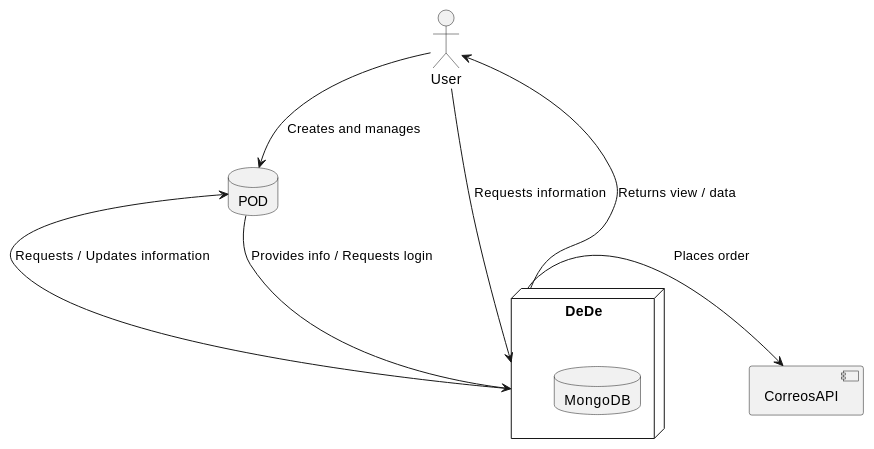
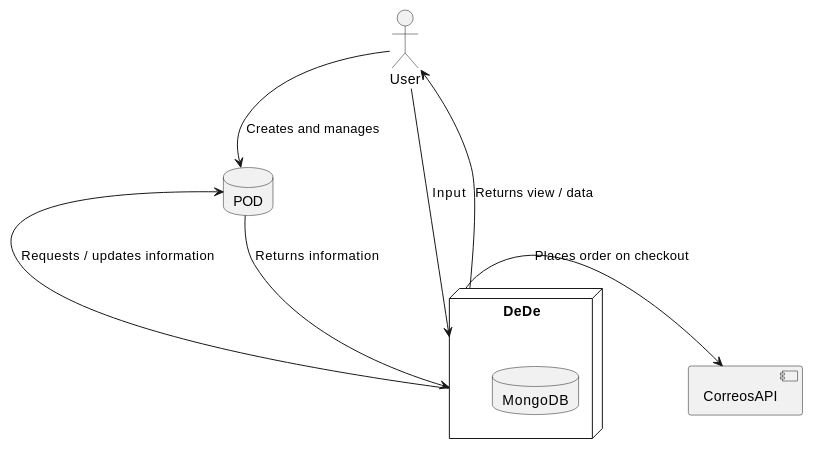
Before and after one commit to Arquisoft/dede_en1b: the diagram in docs/03_system_scope_and_context.adoc, drawn with PlantUML. The commit also changed other lines of this file and 5 other files, not shown here.

```diff
--- a/docs/03_system_scope_and_context.adoc
+++ b/docs/03_system_scope_and_context.adoc
@@ -8,17 +8,17 @@
 [plantuml]
 ....
 @startuml
 Actor User
 database POD
 component CorreosAPI
 node DeDe {
   database MongoDB
 }
-User --> DeDe : Requests information
+User --> DeDe : Input
 User --> POD : Creates and manages
 DeDe -u-> User : Returns view / data
-DeDe -l-> POD : Requests / Updates information
-DeDe -r-> CorreosAPI : Places order
-POD --> DeDe : Provides info / Requests login
+DeDe -l-> POD : Requests / updates information
+DeDe -r-> CorreosAPI : Places order on checkout
+POD --> DeDe : Returns information
 @enduml
 ....
```
